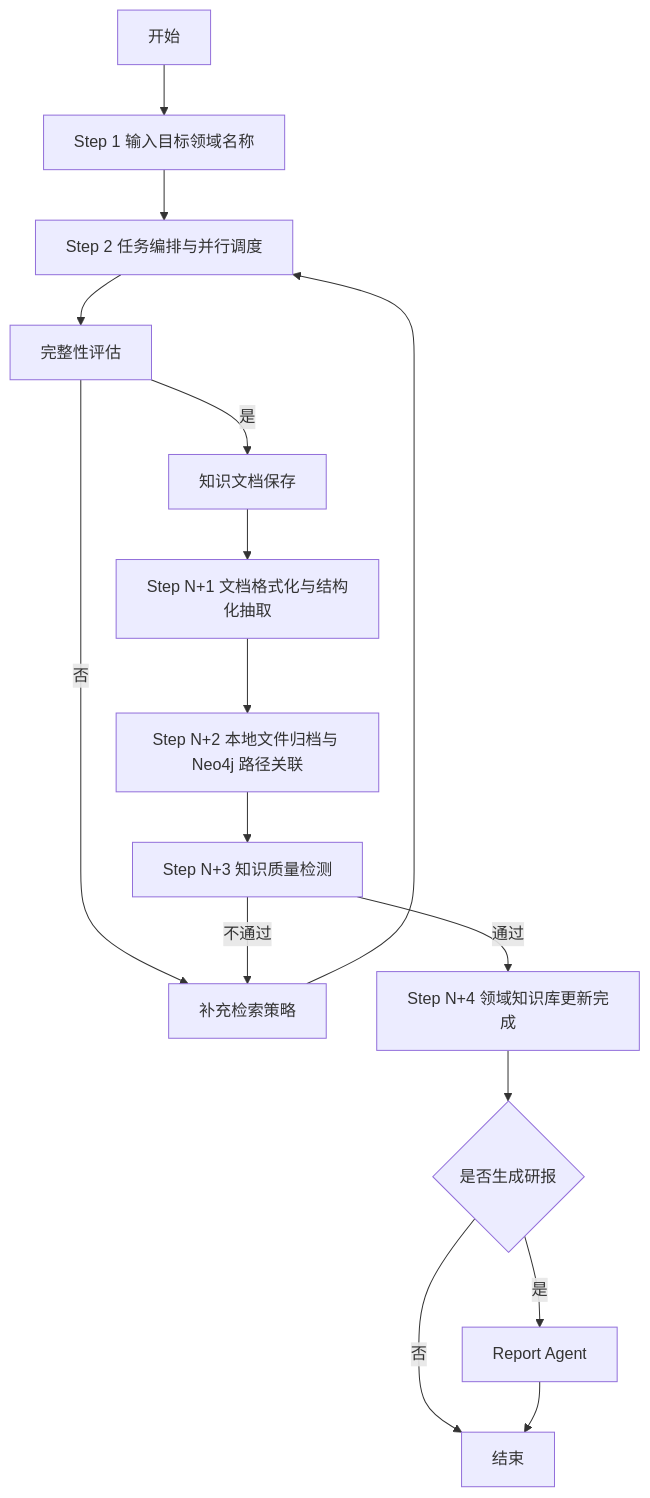
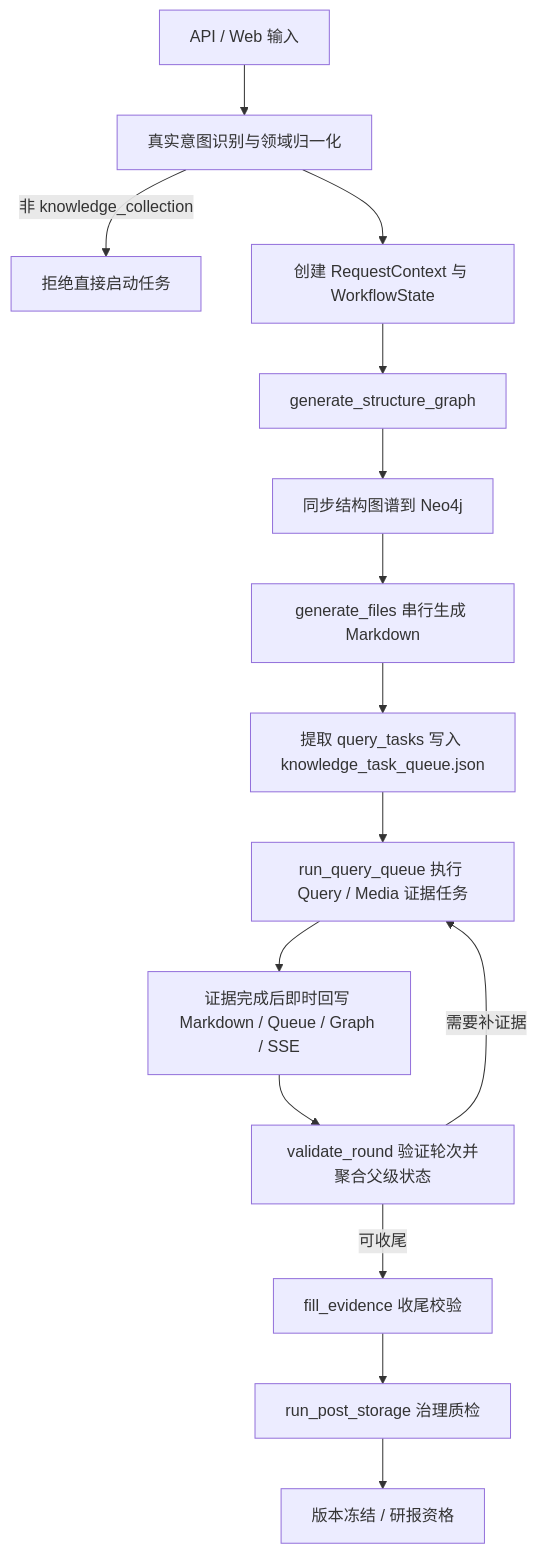
Before and after one commit to crabin/knowledgeforge: the diagram in docs/流程执行文档.md, drawn with Mermaid. The commit also changed other lines of this file and 7 other files, not shown here.

````diff
--- a/docs/流程执行文档.md
+++ b/docs/流程执行文档.md
@@ -23,18 +11,17 @@
 ```mermaid
 flowchart TD
-    A[开始] --> B[Step 1 输入目标领域名称]
-    B --> C[Step 2 任务编排与并行调度]
-    C --> D[完整性评估]
-    D -->|否| E[补充检索策略]
-    E --> C
-    D -->|是| F[知识文档保存]
-    F --> G[Step N+1 文档格式化与结构化抽取]
-    G --> H[Step N+2 本地文件归档与 Neo4j 路径关联]
-    H --> I[Step N+3 知识质量检测]
-    I -->|不通过| E
-    I -->|通过| J[Step N+4 领域知识库更新完成]
-    J --> K{是否生成研报}
-    K -->|是| L[Report Agent]
-    K -->|否| M[结束]
-    L --> M
+    A[API / Web 输入] --> B[真实意图识别与领域归一化]
+    B -->|非 knowledge_collection| X[拒绝直接启动任务]
+    B --> C[创建 RequestContext 与 WorkflowState]
+    C --> D[generate_structure_graph]
+    D --> E[同步结构图谱到 Neo4j]
+    E --> F[generate_files 串行生成 Markdown]
+    F --> G[提取 query_tasks 写入 knowledge_task_queue.json]
+    G --> H[run_query_queue 执行 Query / Media 证据任务]
+    H --> I[证据完成后即时回写 Markdown / Queue / Graph / SSE]
+    I --> J[validate_round 验证轮次并聚合父级状态]
+    J -->|需要补证据| H
+    J -->|可收尾| K[fill_evidence 收尾校验]
+    K --> L[run_post_storage 治理质检]
+    L --> M[版本冻结 / 研报资格]
 ```
````
